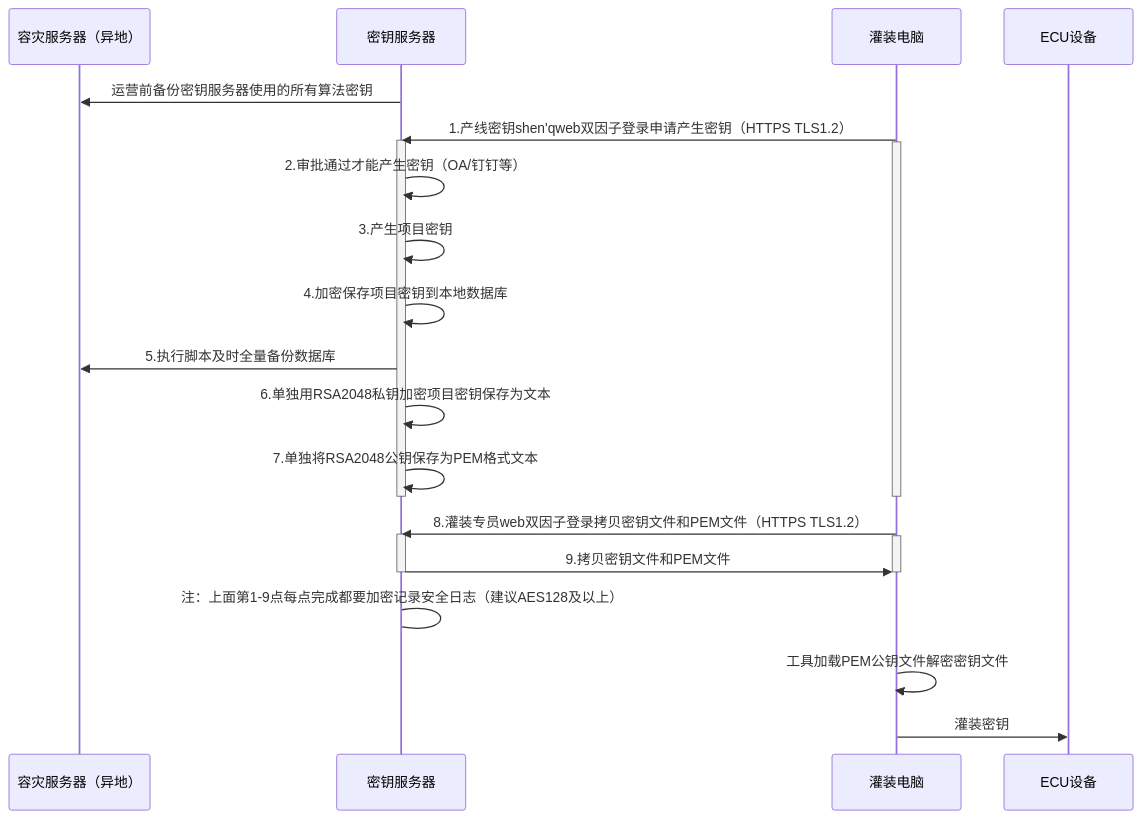
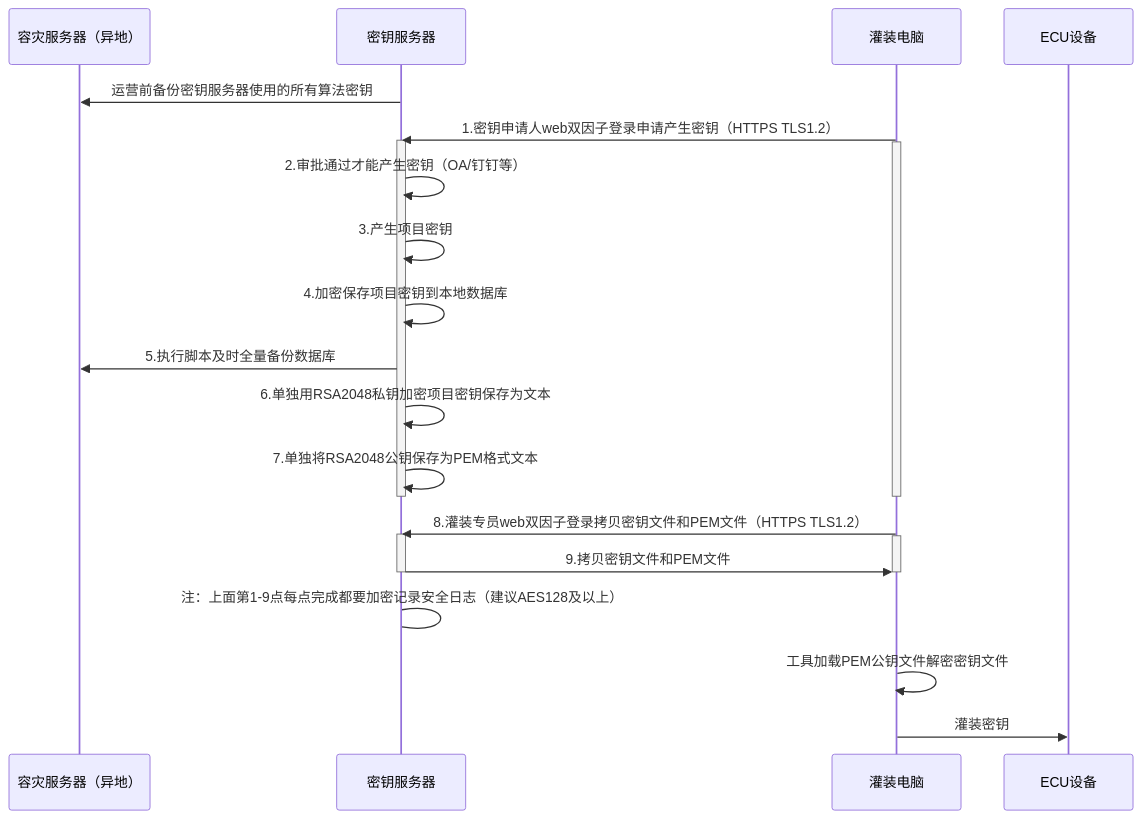
Before and after one commit to facebook-cloud/iodraw-files: the diagram in all/未命名-15.md, drawn with Mermaid.

Commit message:
2026-02-12 16:35:47 update

````diff
--- a/all/未命名-15.md
+++ b/all/未命名-15.md
@@ -1,32 +1,32 @@
 ```mermaid
 sequenceDiagram
     participant A as 容灾服务器（异地）
     participant B as 密钥服务器
     participant D as 灌装电脑
     participant E as ECU设备
 
     B->>A: 运营前备份密钥服务器使用的所有算法密钥
-    D->>B: 1.产线密钥shen'qweb双因子登录申请产生密钥（HTTPS TLS1.2）
+    D->>B: 1.密钥申请人web双因子登录申请产生密钥（HTTPS TLS1.2）
     activate B
     activate D
     B->>B: 2.审批通过才能产生密钥（OA/钉钉等）
     B->>B: 3.产生项目密钥
     B->>B: 4.加密保存项目密钥到本地数据库
     B->>A: 5.执行脚本及时全量备份数据库
     B->>B: 6.单独用RSA2048私钥加密项目密钥保存为文本
     B->>B: 7.单独将RSA2048公钥保存为PEM格式文本
     deactivate B
     deactivate D
     
     D->>B: 8.灌装专员web双因子登录拷贝密钥文件和PEM文件（HTTPS TLS1.2）
     activate B
     activate D
     B->>D: 9.拷贝密钥文件和PEM文件
     deactivate B
     deactivate D
     B->B: 注：上面第1-9点每点完成都要加密记录安全日志（建议AES128及以上）
 
     D->>D:工具加载PEM公钥文件解密密钥文件
     
     D->>E: 灌装密钥
 ```
````
